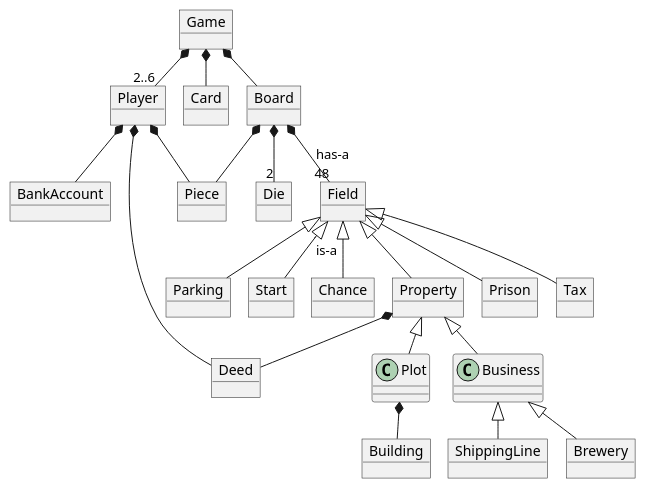
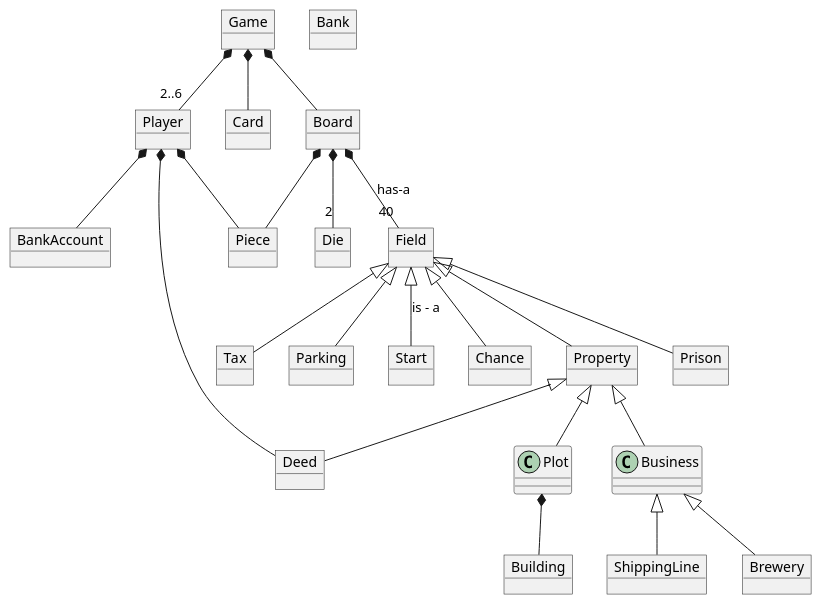
Before and after one commit to XXOlsen/Torsdagsopgaver: the diagram in Matador/Documentation/Matador.puml, drawn with PlantUML. The commit also changed 71 other files, not shown here.

```diff
--- a/Matador/Documentation/Matador.puml
+++ b/Matador/Documentation/Matador.puml
@@ -1,53 +1,63 @@
 @startuml
 'https://plantuml.com/object-diagram
-!pragma layout smetana
 
 object Game
 object Player
 object BankAccount
 object Die
 object Card
+object Bank
 
 object Piece
 object Board
-
 object Field
+object Property
 object Prison
 object Tax
 object Parking
 object Start
 object Chance
-object Property
 object ShippingLine
+object Building
+object Deed
 object Brewery
 
-object Building
-object Deed
 
 Game *-- Board
 Game *-- "2..6" Player
 Game *-- Card
 Board *-- Piece
 Player *-- Piece
+Player *-- Deed
 Player *-- BankAccount
 Board *-- "2" Die
-
-Board *-- "48" Field : has-a
-Field <|-- Start : is-a
+Board *-- "40" Field : has-a
+Field <|-- Start : is - a
 Field <|-- Property
 Property <|-- Business
 Property <|-- Plot
+Property <|-- Deed
 Plot *-- Building
-Property *-- Deed
-Player *-- Deed
 Business <|-- ShippingLine
 Business <|-- Brewery
+
 
 
 Field <|-- Chance
 Field <|-- Parking
 Field <|-- Tax
 Field <|-- Prison
 
 
+
+
+
+
+
+
+
+
+
+
+
 @enduml
```
